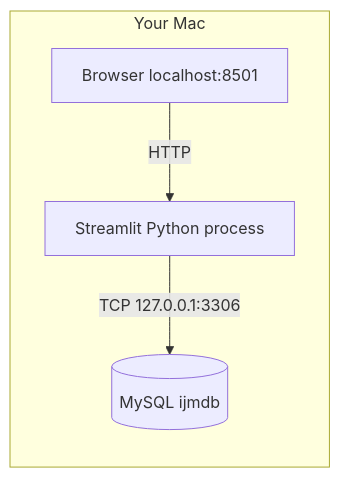
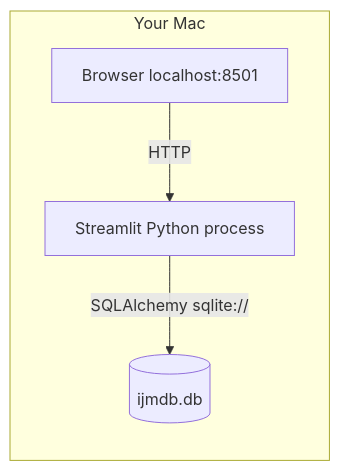
Before and after one commit to milestnnr-music/ijmdb: the diagram in frontend/plan.md, drawn with Mermaid. The commit also changed other lines of this file and 14 other files, not shown here.

````diff
--- a/frontend/plan.md
+++ b/frontend/plan.md
@@ -23,10 +23,10 @@
 ```mermaid
 flowchart LR
   subgraph yourMac [Your Mac]
     Browser[Browser localhost:8501]
     Streamlit[Streamlit Python process]
-    MySQL[(MySQL ijmdb)]
+    SQLite[(ijmdb.db)]
   end
   Browser -->|HTTP| Streamlit
-  Streamlit -->|TCP 127.0.0.1:3306| MySQL
+  Streamlit -->|SQLAlchemy sqlite://| SQLite
 ```
````
